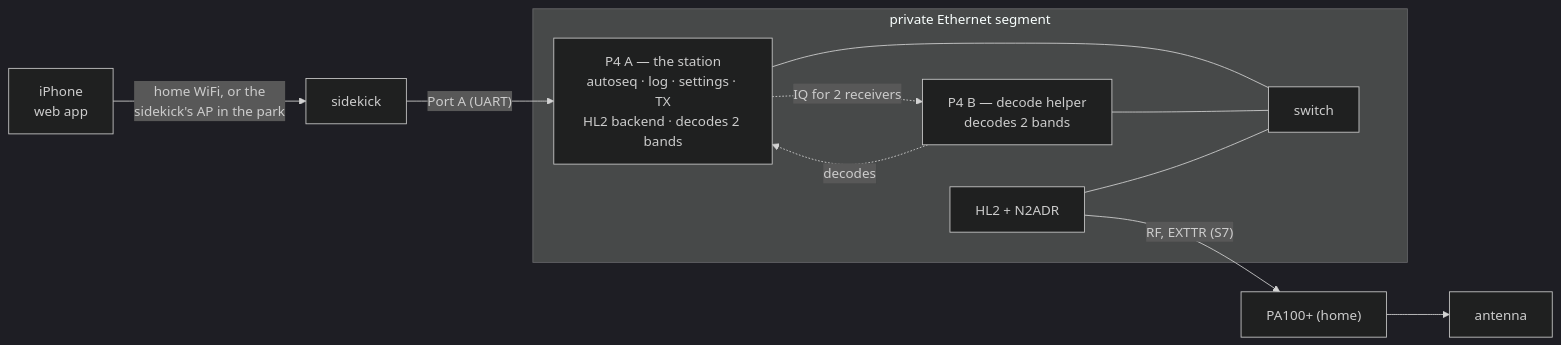
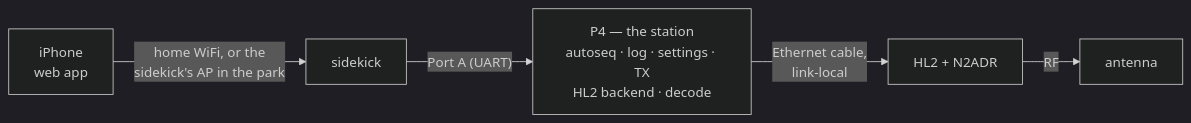
Before and after one commit to kb2slo/micro-ft8: the diagram in docs/rfcs/0014-hl2-two-p4.md, drawn with Mermaid (dark theme). The commit also changed other lines of this file, not shown here.

````diff
--- a/docs/rfcs/0014-hl2-two-p4.md
+++ b/docs/rfcs/0014-hl2-two-p4.md
@@ -130,17 +117,7 @@
 ```mermaid
 flowchart LR
     phone["iPhone<br/>web app"] -- "home WiFi, or the<br/>sidekick's AP in the park" --> sk["sidekick"]
-    sk -- "Port A (UART)" --> a
-    subgraph seg["private Ethernet segment"]
-        a["P4 A — the station<br/>autoseq · log · settings · TX<br/>HL2 backend · decodes 2 bands"]
-        b["P4 B — decode helper<br/>decodes 2 bands"]
-        sw["switch"]
-        hl2["HL2 + N2ADR"]
-        a --- sw
-        b --- sw
-        hl2 --- sw
-    end
-    a -. "IQ for 2 receivers" .-> b
-    b -. "decodes" .-> a
-    hl2 -- "RF, EXTTR (S7)" --> pa["PA100+ (home)"] --> ant["antenna"]
+    sk -- "Port A (UART)" --> p4["P4 — the station<br/>autoseq · log · settings · TX<br/>HL2 backend · decode"]
+    p4 -- "Ethernet cable,<br/>link-local" --> hl2["HL2 + N2ADR"]
+    hl2 -- "RF" --> ant["antenna"]
 ```
````
